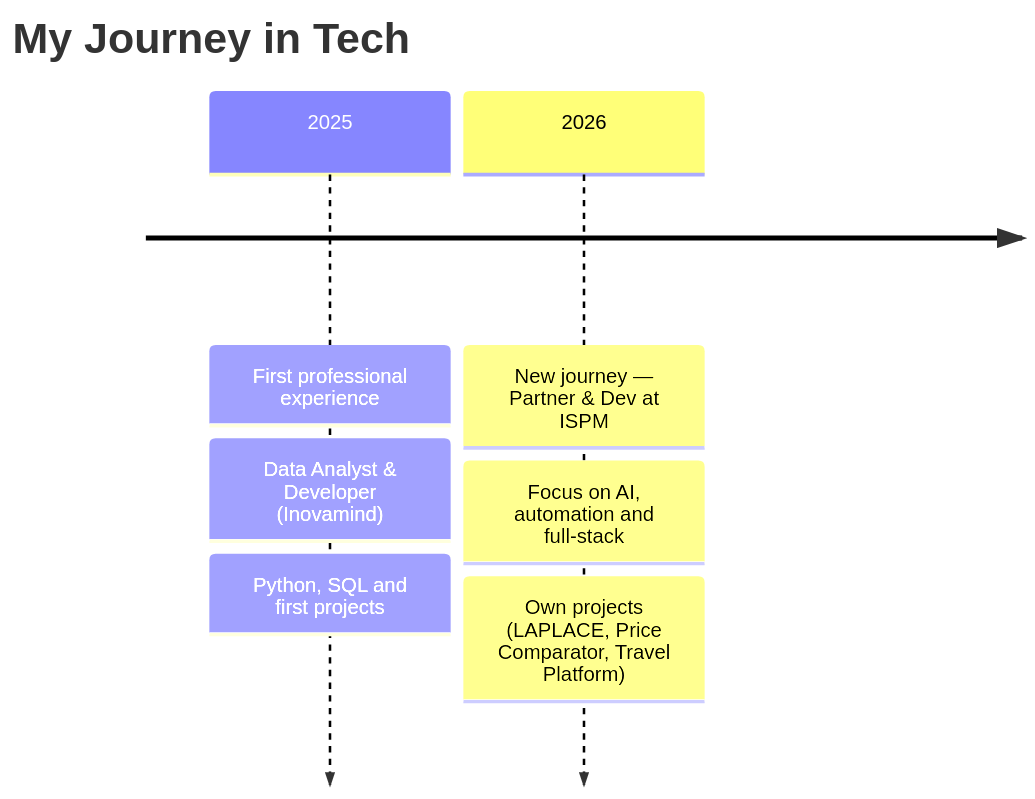
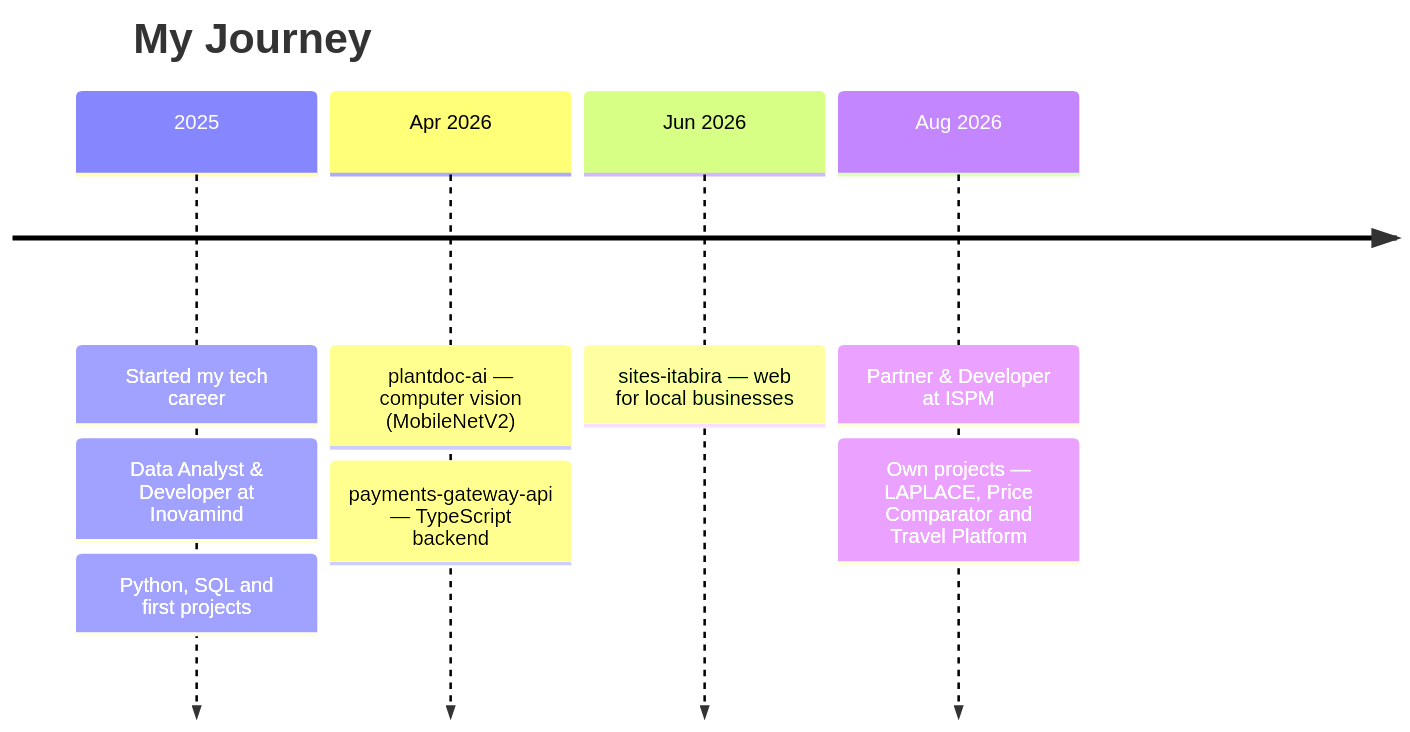
The diagram in README.en.md (diego-caldeira-12/diego-caldeira-12), drawn with Mermaid before and after one commit. The commit also changed other lines of this file and 3 other files, not shown here.

````diff
--- a/README.en.md
+++ b/README.en.md
@@ -192,10 +212,8 @@
 ```mermaid
 timeline
-    title My Journey in Tech
-    2025 : First professional experience
-         : Data Analyst & Developer (Inovamind)
-         : Python, SQL and first projects
-    2026 : New journey — Partner & Dev at ISPM
-         : Focus on AI, automation and full-stack
-         : Own projects (LAPLACE, Price Comparator, Travel Platform)
+    title My Journey
+    2025 : Started my tech career : Data Analyst & Developer at Inovamind : Python, SQL and first projects
+    Apr 2026 : plantdoc-ai — computer vision (MobileNetV2) : payments-gateway-api — TypeScript backend
+    Jun 2026 : sites-itabira — web for local businesses
+    Aug 2026 : Partner & Developer at ISPM : Own projects — LAPLACE, Price Comparator and Travel Platform
 ```
````
